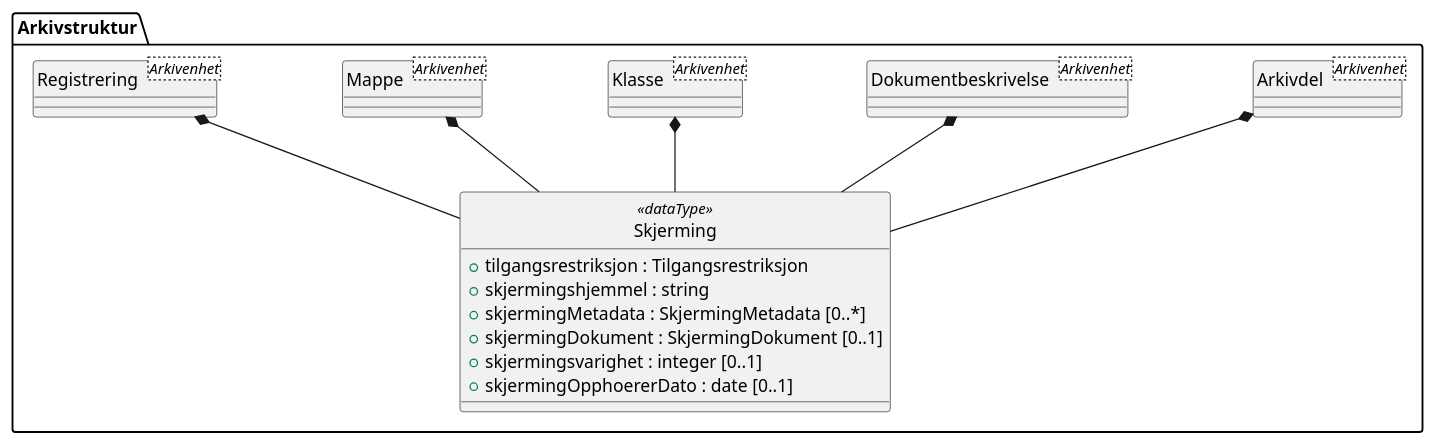
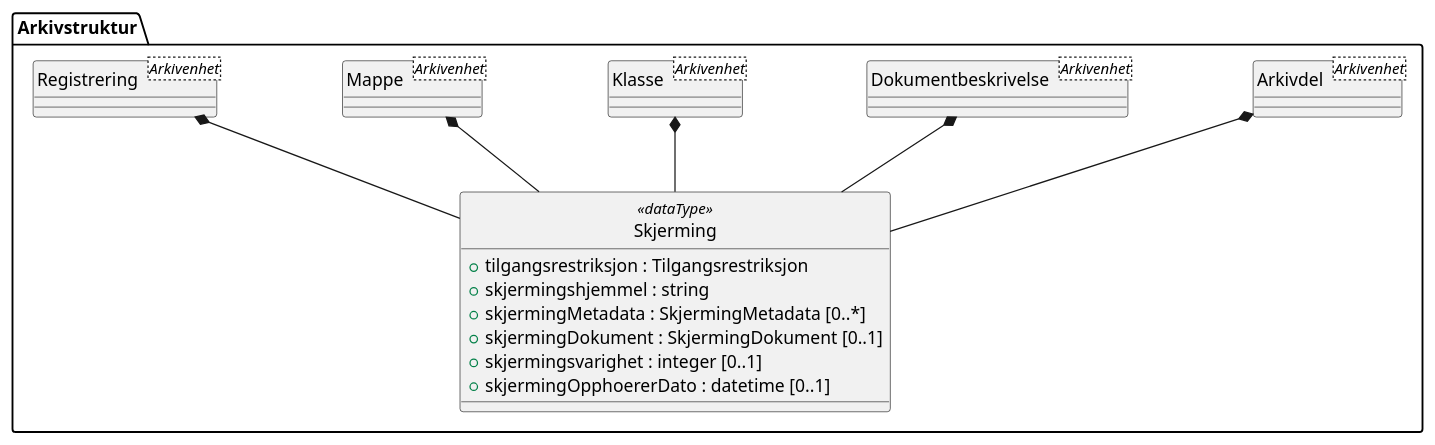
Before and after one commit to arkivverket/noark5-tjenestegrensesnitt-standard: the diagram in kapitler/media/uml-datatype-skjerming.puml, drawn with PlantUML. The commit also changed 23 other files, not shown here.

First line of the commit message:
Change all date types to datetime to match Noark 5

```diff
--- a/kapitler/media/uml-datatype-skjerming.puml
+++ b/kapitler/media/uml-datatype-skjerming.puml
@@ -1,27 +1,27 @@
 @startuml
 skinparam nodesep 100
 hide circle
 class Arkivstruktur.Skjerming <<dataType>> {
   +tilgangsrestriksjon : Tilgangsrestriksjon
   +skjermingshjemmel : string
   +skjermingMetadata : SkjermingMetadata [0..*]
   +skjermingDokument : SkjermingDokument [0..1]
   +skjermingsvarighet : integer [0..1]
-  +skjermingOpphoererDato : date [0..1]
+  +skjermingOpphoererDato : datetime [0..1]
 }
 class Arkivstruktur.Arkivdel <Arkivenhet> {
 }
 Arkivstruktur.Arkivdel *-- Arkivstruktur.Skjerming
 class Arkivstruktur.Dokumentbeskrivelse <Arkivenhet> {
 }
 Arkivstruktur.Dokumentbeskrivelse *-- Arkivstruktur.Skjerming
 class Arkivstruktur.Klasse <Arkivenhet> {
 }
 Arkivstruktur.Klasse *-- Arkivstruktur.Skjerming
 class Arkivstruktur.Mappe <Arkivenhet> {
 }
 Arkivstruktur.Mappe *-- Arkivstruktur.Skjerming
 class Arkivstruktur.Registrering <Arkivenhet> {
 }
 Arkivstruktur.Registrering *-- Arkivstruktur.Skjerming
 @enduml
```
